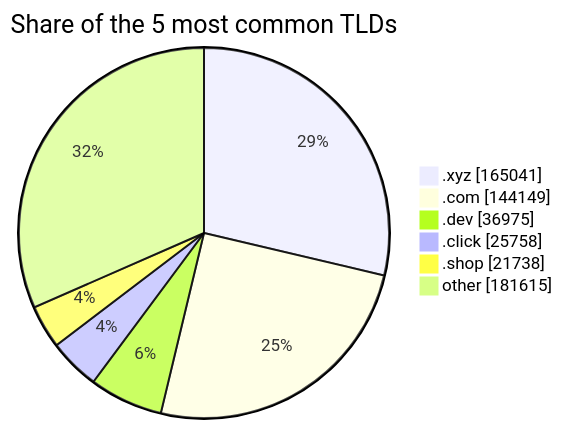
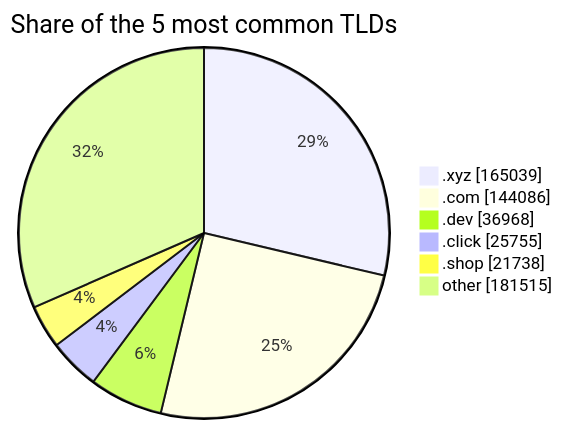
Before and after one commit to DNSBunker/CTI: the third of 3 diagrams in README.md, drawn with Mermaid. The commit also changed other lines of this file and 3 other files, not shown here.

````diff
--- a/README.md
+++ b/README.md
@@ -81,9 +81,9 @@
 ```mermaid
 pie showData title Share of the 5 most common TLDs
-    ".xyz" : 165041
-    ".com" : 144149
-    ".dev" : 36975
-    ".click" : 25758
+    ".xyz" : 165039
+    ".com" : 144086
+    ".dev" : 36968
+    ".click" : 25755
     ".shop" : 21738
-    "other" : 181615
+    "other" : 181515
 ```
````
